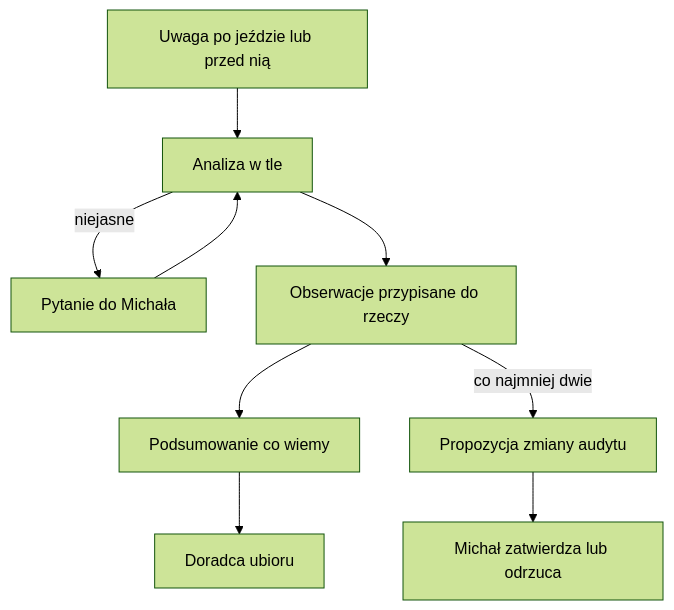
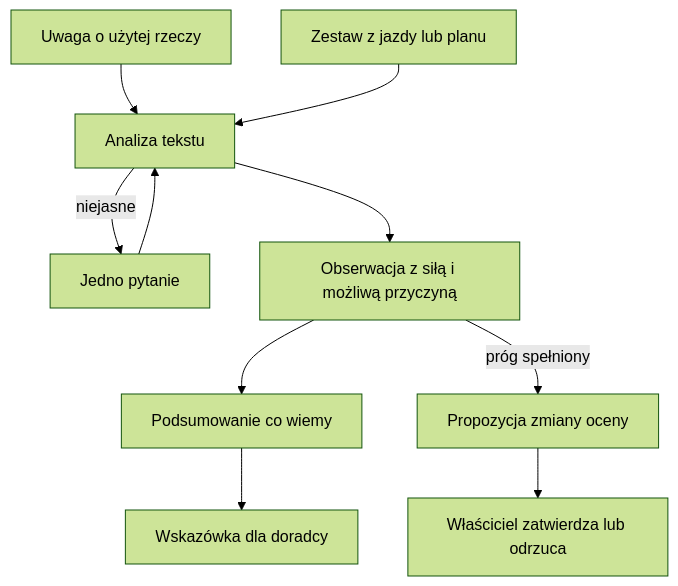
Before and after one commit to QbotMS/QbotQ: the diagram in docs/wiki/garaz/obserwacje-sprzetu.md, drawn with Mermaid (forest theme). The commit also changed other lines of this file and 153 other files, not shown here.

````diff
--- a/docs/wiki/garaz/obserwacje-sprzetu.md
+++ b/docs/wiki/garaz/obserwacje-sprzetu.md
@@ -27,11 +42,12 @@
 ```mermaid
 flowchart TD
-  Uwaga[Uwaga po jeździe lub przed nią] --> Analiza[Analiza w tle]
-  Analiza -->|niejasne| Pytanie[Pytanie do Michała]
-  Pytanie --> Analiza
-  Analiza --> Obserwacje[Obserwacje przypisane do rzeczy]
-  Obserwacje --> Wiedza[Podsumowanie co wiemy]
-  Wiedza --> Doradca[Doradca ubioru]
-  Obserwacje -->|co najmniej dwie| Propozycja[Propozycja zmiany audytu]
-  Propozycja --> Decyzja[Michał zatwierdza lub odrzuca]
+  Uwaga[Uwaga o użytej rzeczy] --> Rozbior[Analiza tekstu]
+  Kontekst[Zestaw z jazdy lub planu] --> Rozbior
+  Rozbior -->|niejasne| Pytanie[Jedno pytanie]
+  Pytanie --> Rozbior
+  Rozbior --> Obserwacja[Obserwacja z siłą i możliwą przyczyną]
+  Obserwacja --> Wiedza[Podsumowanie co wiemy]
+  Wiedza --> Doradca[Wskazówka dla doradcy]
+  Obserwacja -->|próg spełniony| Propozycja[Propozycja zmiany oceny]
+  Propozycja --> Decyzja[Właściciel zatwierdza lub odrzuca]
 ```
````
